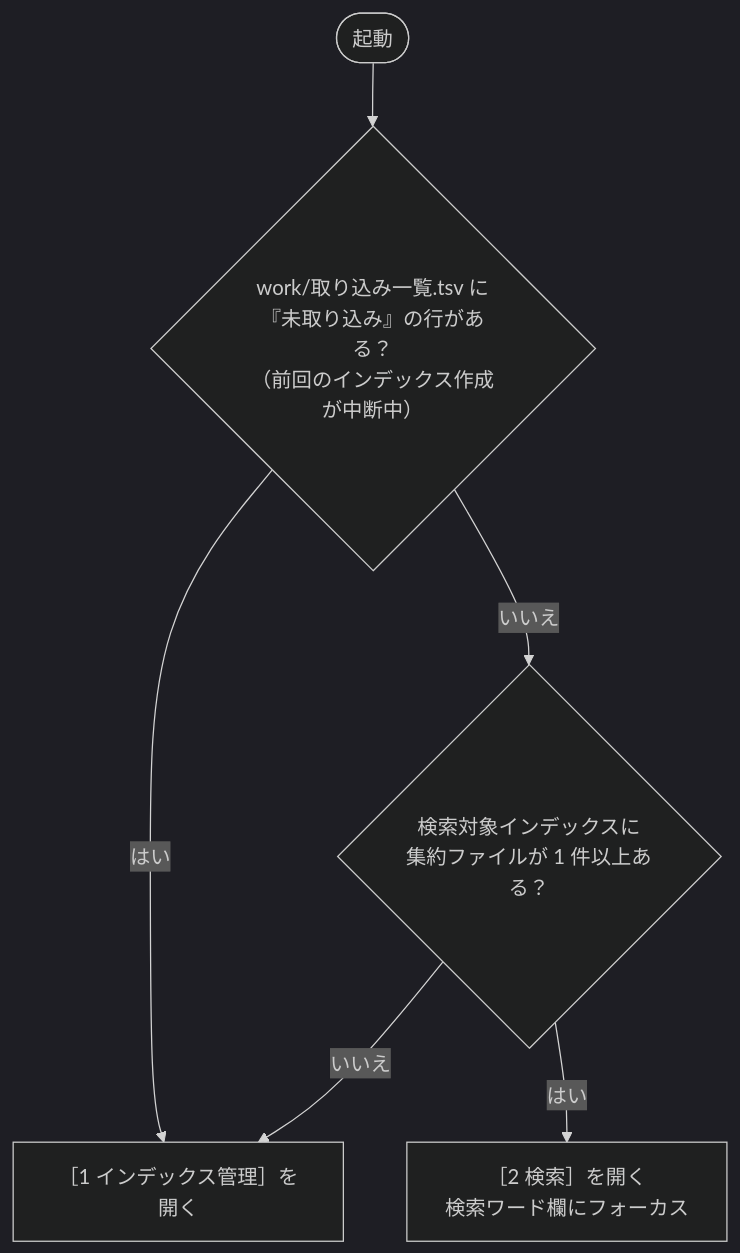
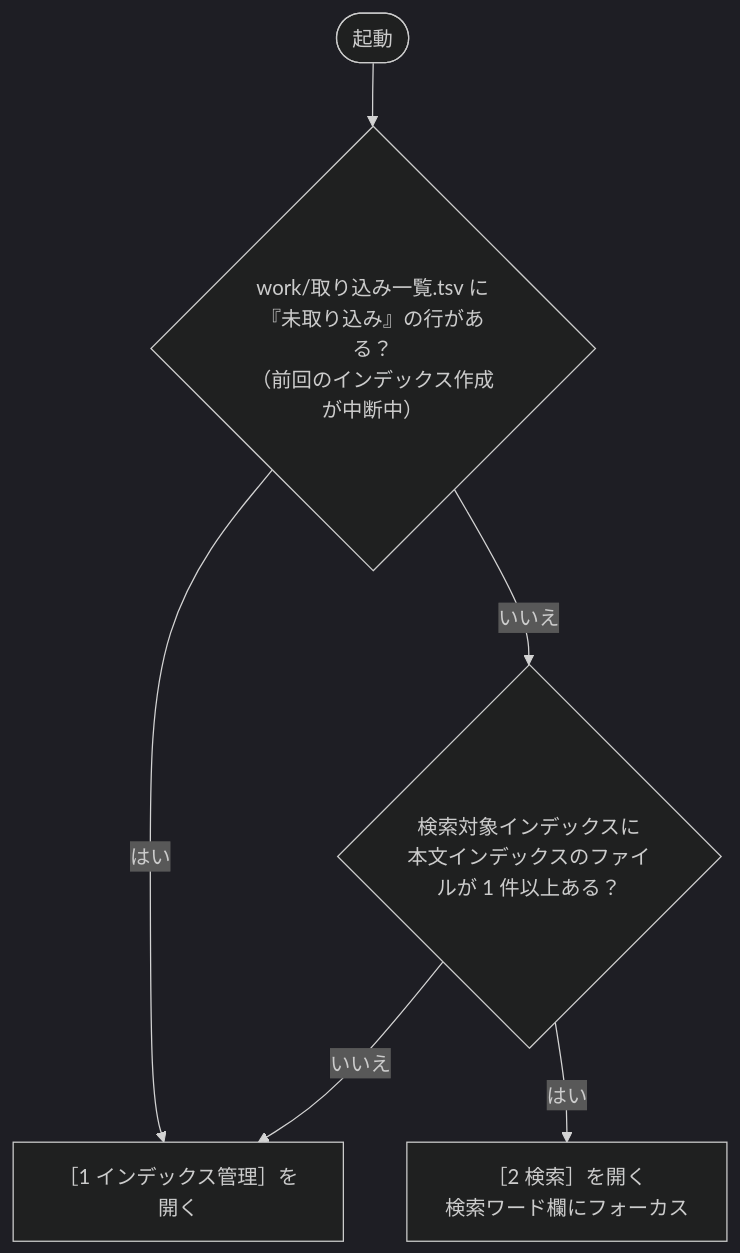
Before and after one commit to hsgwa/tebunko: the diagram in docs/design/gui/index.md, drawn with Mermaid (dark theme). The commit also changed other lines of this file and 27 other files, not shown here.

````diff
--- a/docs/design/gui/index.md
+++ b/docs/design/gui/index.md
@@ -88,8 +88,8 @@
 ```mermaid
 flowchart TD
     S(["起動"]) --> A{"work/取り込み一覧.tsv に『未取り込み』の行がある？<br>（前回のインデックス作成が中断中）"}
     A -- はい --> T1["［1 インデックス管理］を開く"]
-    A -- いいえ --> B{"検索対象インデックスに<br>集約ファイルが 1 件以上ある？"}
+    A -- いいえ --> B{"検索対象インデックスに<br>本文インデックスのファイルが 1 件以上ある？"}
     B -- いいえ --> T1
     B -- はい --> T2["［2 検索］を開く<br>検索ワード欄にフォーカス"]
 ```
````
